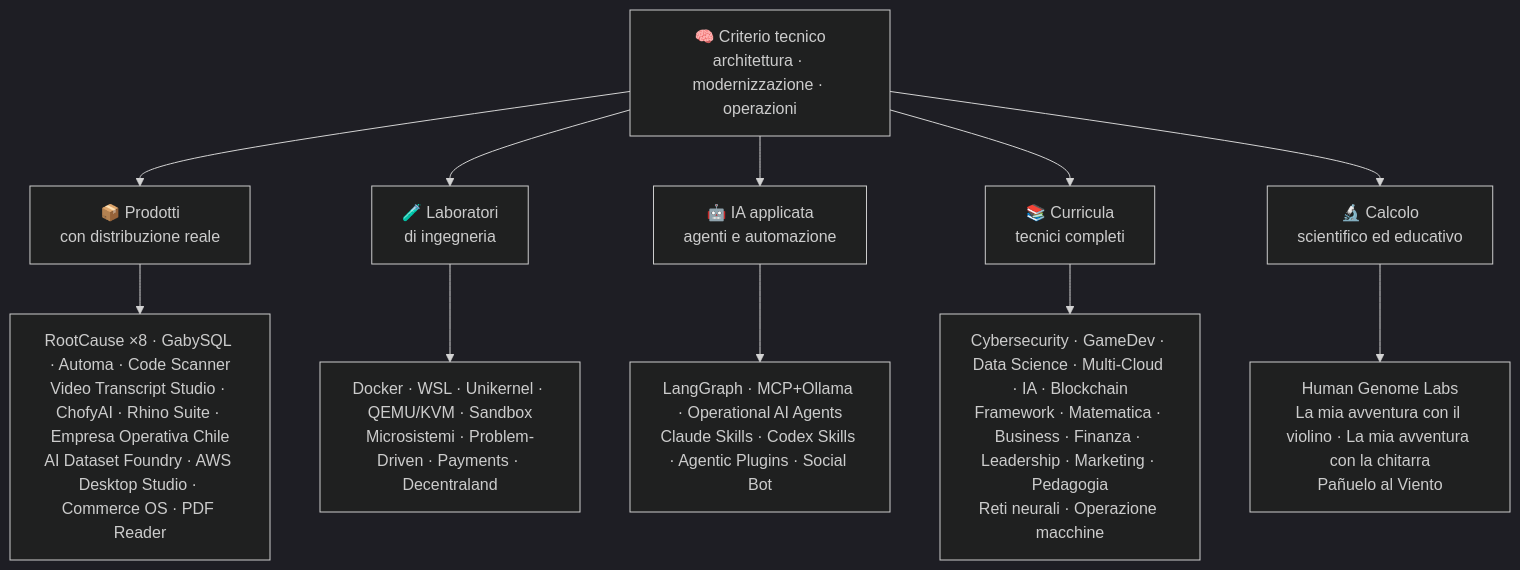
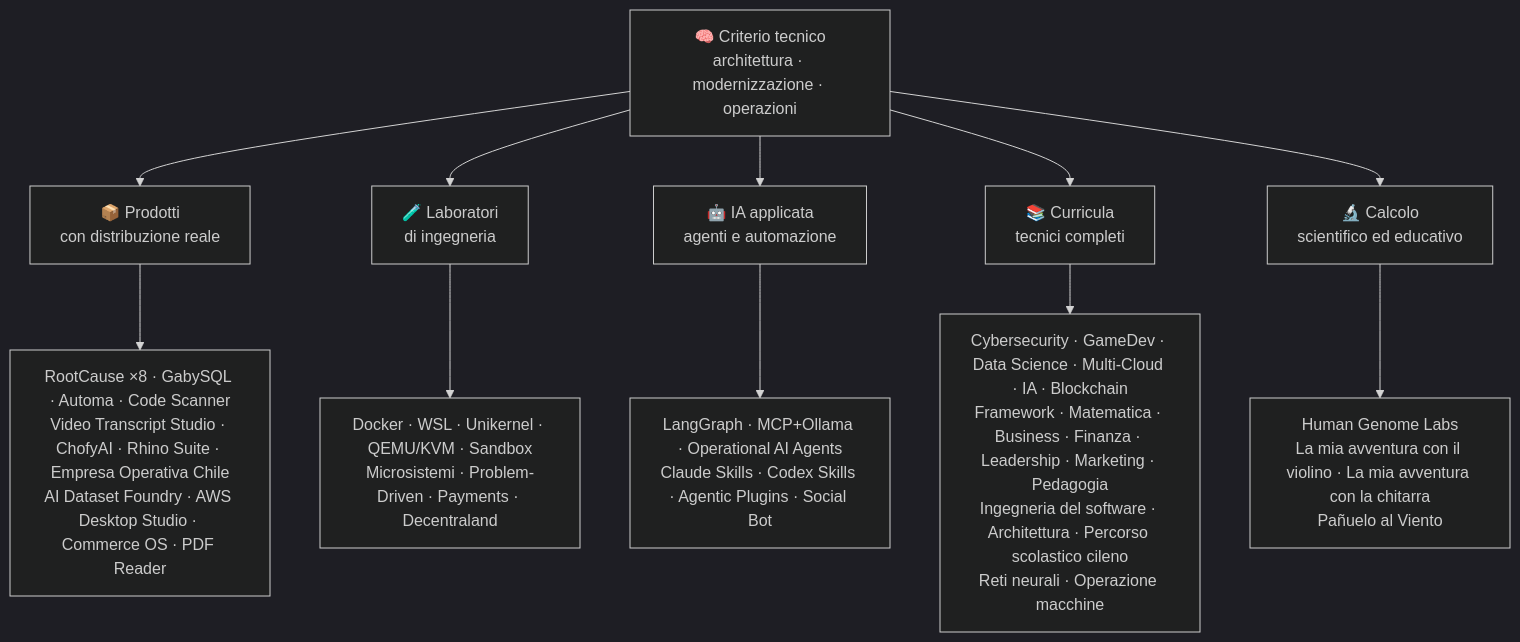
The diagram in README.it.md (vladimiracunadev-create/vladimiracunadev-create), drawn with Mermaid (dark theme) before and after one commit. The commit also changed other lines of this file and 24 other files, not shown here.

````diff
--- a/README.it.md
+++ b/README.it.md
@@ -76,14 +76,14 @@
 ```mermaid
 flowchart TD
     A["🧠 Criterio tecnico<br/>architettura · modernizzazione · operazioni"] --> B["📦 Prodotti<br/>con distribuzione reale"]
     A --> C["🧪 Laboratori<br/>di ingegneria"]
     A --> D["🤖 IA applicata<br/>agenti e automazione"]
     A --> E["📚 Curricula<br/>tecnici completi"]
     A --> F["🔬 Calcolo<br/>scientifico ed educativo"]
 
     B --> B1["RootCause ×8 · GabySQL · Automa · Code Scanner<br/>Video Transcript Studio · ChofyAI · Rhino Suite · Empresa Operativa Chile<br/>AI Dataset Foundry · AWS Desktop Studio · Commerce OS · PDF Reader"]
     C --> C1["Docker · WSL · Unikernel · QEMU/KVM · Sandbox<br/>Microsistemi · Problem-Driven · Payments · Decentraland"]
     D --> D1["LangGraph · MCP+Ollama · Operational AI Agents<br/>Claude Skills · Codex Skills · Agentic Plugins · Social Bot"]
-    E --> E1["Cybersecurity · GameDev · Data Science · Multi-Cloud · IA · Blockchain<br/>Framework · Matematica · Business · Finanza · Leadership · Marketing · Pedagogia<br/>Reti neurali · Operazione macchine"]
+    E --> E1["Cybersecurity · GameDev · Data Science · Multi-Cloud · IA · Blockchain<br/>Framework · Matematica · Business · Finanza · Leadership · Marketing · Pedagogia<br/>Ingegneria del software · Architettura · Percorso scolastico cileno<br/>Reti neurali · Operazione macchine"]
     F --> F1["Human Genome Labs<br/>La mia avventura con il violino · La mia avventura con la chitarra<br/>Pañuelo al Viento"]
 ```
````
